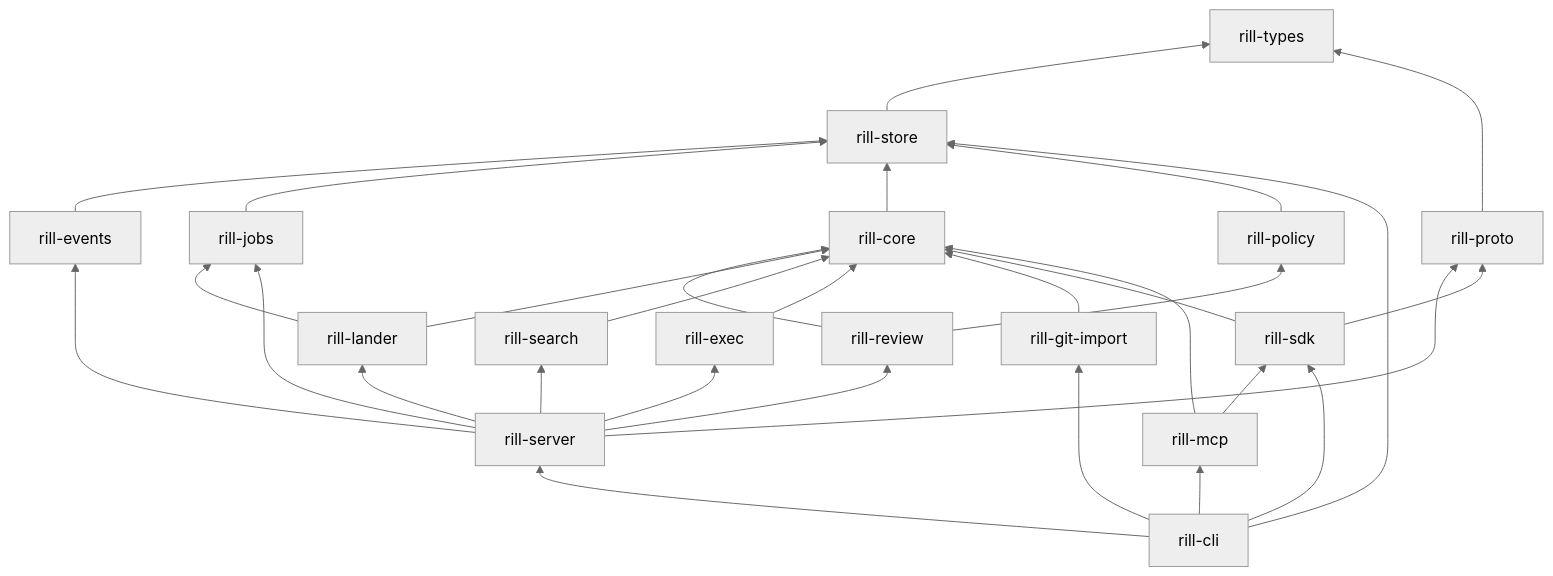
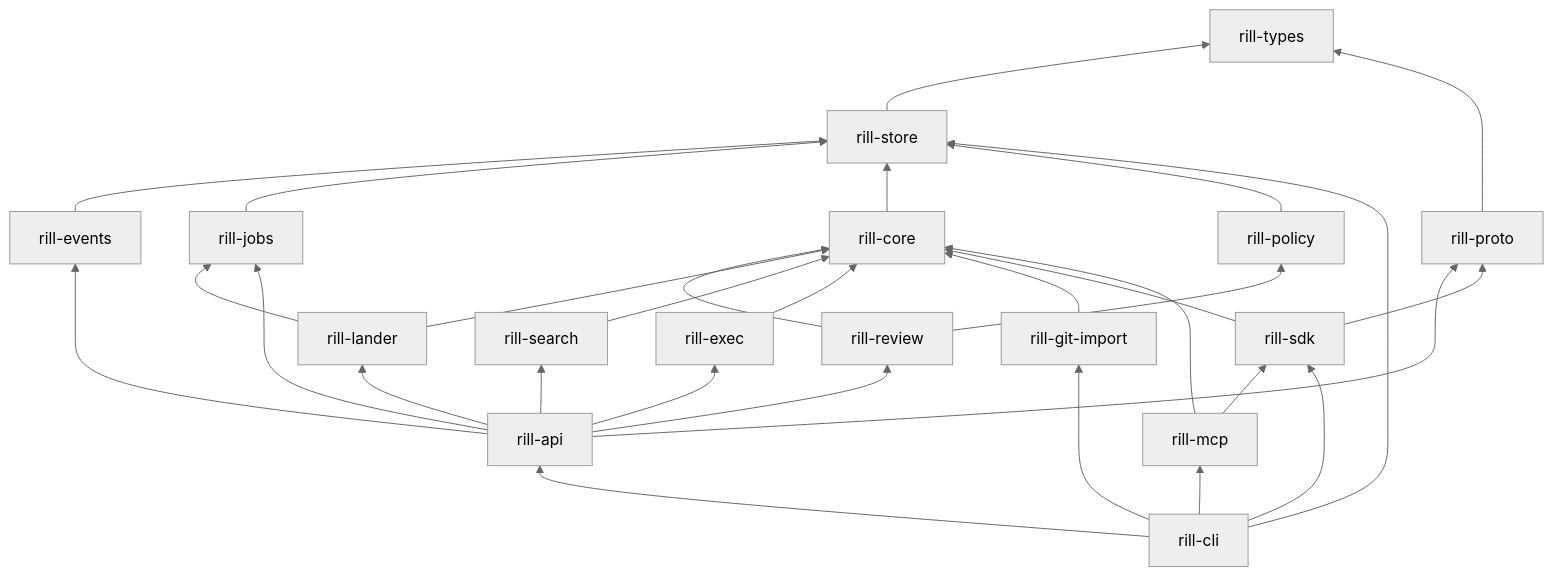
One commit to envoy1084/rill changed the diagram in architecture/01-overview/crates-and-layering.md. Above: the diagram before and after it, drawn with Mermaid (neutral theme). The commit also changed other lines of this file and 116 other files, not shown here.

First line of the commit message:
api,cli: rename rill-server to rill-api; rill dev and rill api replace the server binary

````diff
--- a/architecture/01-overview/crates-and-layering.md
+++ b/architecture/01-overview/crates-and-layering.md
@@ -39,19 +39,19 @@
 ```mermaid
 flowchart BT
   types[rill-types]
   store[rill-store] --> types
   events[rill-events] --> store
   jobs[rill-jobs] --> store
   core[rill-core] --> store
   policy[rill-policy] --> store
   review[rill-review] --> core & policy
   lander[rill-lander] --> core & jobs
   search[rill-search] --> core
   exec[rill-exec] --> core
   import[rill-git-import] --> core
   proto[rill-proto] --> types
-  server[rill-server] --> review & lander & search & exec & proto & events & jobs
+  server[rill-api] --> review & lander & search & exec & proto & events & jobs
   sdk[rill-sdk] --> proto & core
   mcp[rill-mcp] --> sdk & core
   cli[rill-cli] --> sdk & mcp & server & store & import
 ```
````
